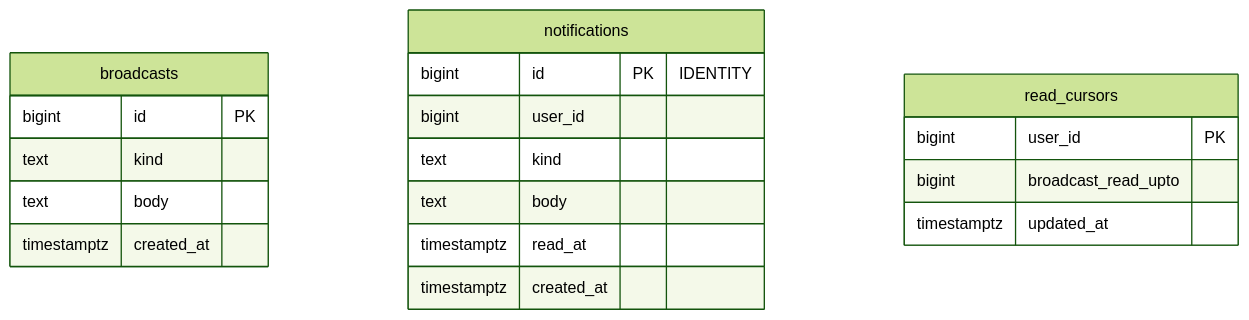
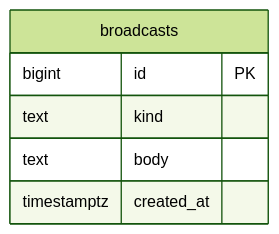
One commit to driftnode986/postgresql-db-design-samples changed the fourth of 6 diagrams in ch10_notification_and_read_status/README.md. Above: the diagram before and after it, drawn with Mermaid (forest theme). The commit also changed other lines of this file and 15 other files, not shown here.

First line of the commit message:
docs: 設計案の構成図を縦並びにし、幅の広い ER 図を分けて、GitHub で縮まない大きさにする

````diff
--- a/ch10_notification_and_read_status/README.md
+++ b/ch10_notification_and_read_status/README.md
@@ -77,22 +77,9 @@
 ```mermaid
 erDiagram
   broadcasts {
     bigint id PK
     text kind
     text body
     timestamptz created_at
   }
-  notifications {
-    bigint id PK "IDENTITY"
-    bigint user_id
-    text kind
-    text body
-    timestamptz read_at
-    timestamptz created_at
-  }
-  read_cursors {
-    bigint user_id PK
-    bigint broadcast_read_upto
-    timestamptz updated_at
-  }
 ```
````
